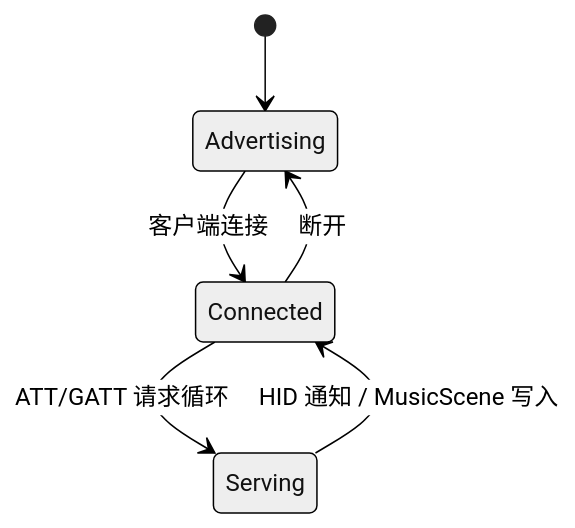
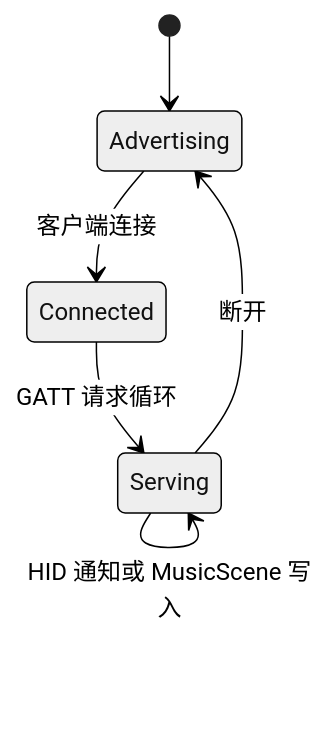
One commit to onenewcode/digivice changed the diagram in docs/architecture/03-protocol-and-host.md. Above: the diagram before and after it, drawn with Mermaid (neutral theme). The commit also changed other lines of this file and 44 other files, not shown here.

````diff
--- a/docs/architecture/03-protocol-and-host.md
+++ b/docs/architecture/03-protocol-and-host.md
@@ -70,8 +78,8 @@
 ```mermaid
 stateDiagram-v2
     [*] --> Advertising
     Advertising --> Connected: 客户端连接
-    Connected --> Serving: ATT/GATT 请求循环
-    Serving --> Connected: HID 通知 / MusicScene 写入
-    Connected --> Advertising: 断开
+    Connected --> Serving: GATT 请求循环
+    Serving --> Serving: HID 通知或 MusicScene 写入
+    Serving --> Advertising: 断开
 ```
````
